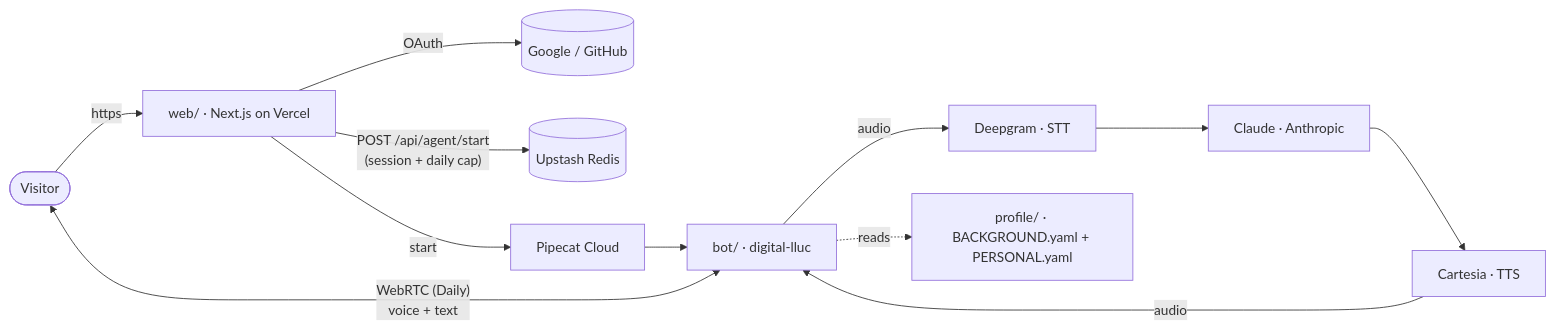
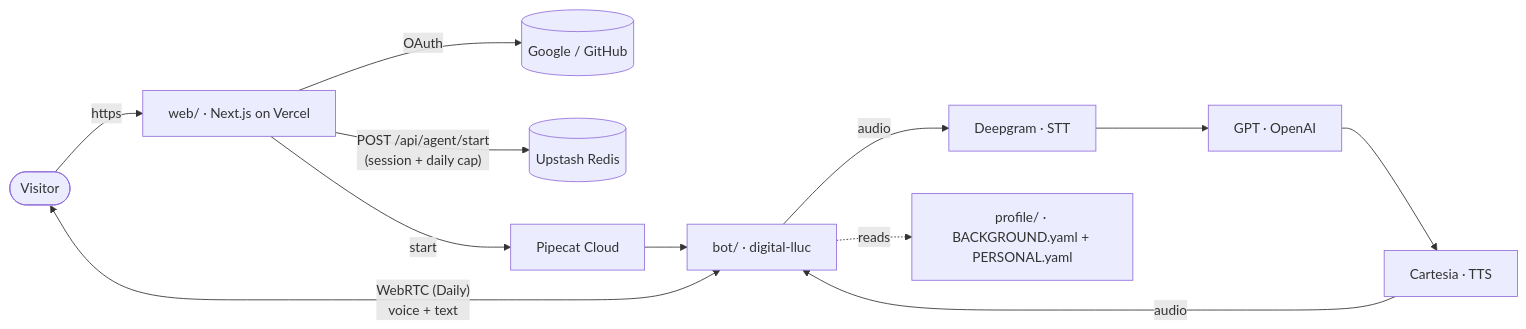
One commit to Lluc24/digital-lluc changed the diagram in README.md. Above: the diagram before and after it, drawn with Mermaid. The commit also changed other lines of this file and 4 other files, not shown here.

First line of the commit message:
Switch bot LLM from Anthropic Claude to OpenAI

````diff
--- a/README.md
+++ b/README.md
@@ -15,14 +15,14 @@
 ```mermaid
 flowchart LR
     V([Visitor]) -->|https| W[web/ · Next.js on Vercel]
     W -->|OAuth| A[(Google / GitHub)]
     W -->|"POST /api/agent/start<br/>(session + daily cap)"| U[(Upstash Redis)]
     W -->|start| PC[Pipecat Cloud]
     PC --> B[bot/ · digital-lluc]
     V <-->|"WebRTC (Daily)<br/>voice + text"| B
     B -->|audio| D[Deepgram · STT]
-    D --> C[Claude · Anthropic]
+    D --> C[GPT · OpenAI]
     C --> K[Cartesia · TTS]
     K -->|audio| B
     B -.reads.-> P[profile/ · BACKGROUND.yaml + PERSONAL.yaml]
 ```
````
